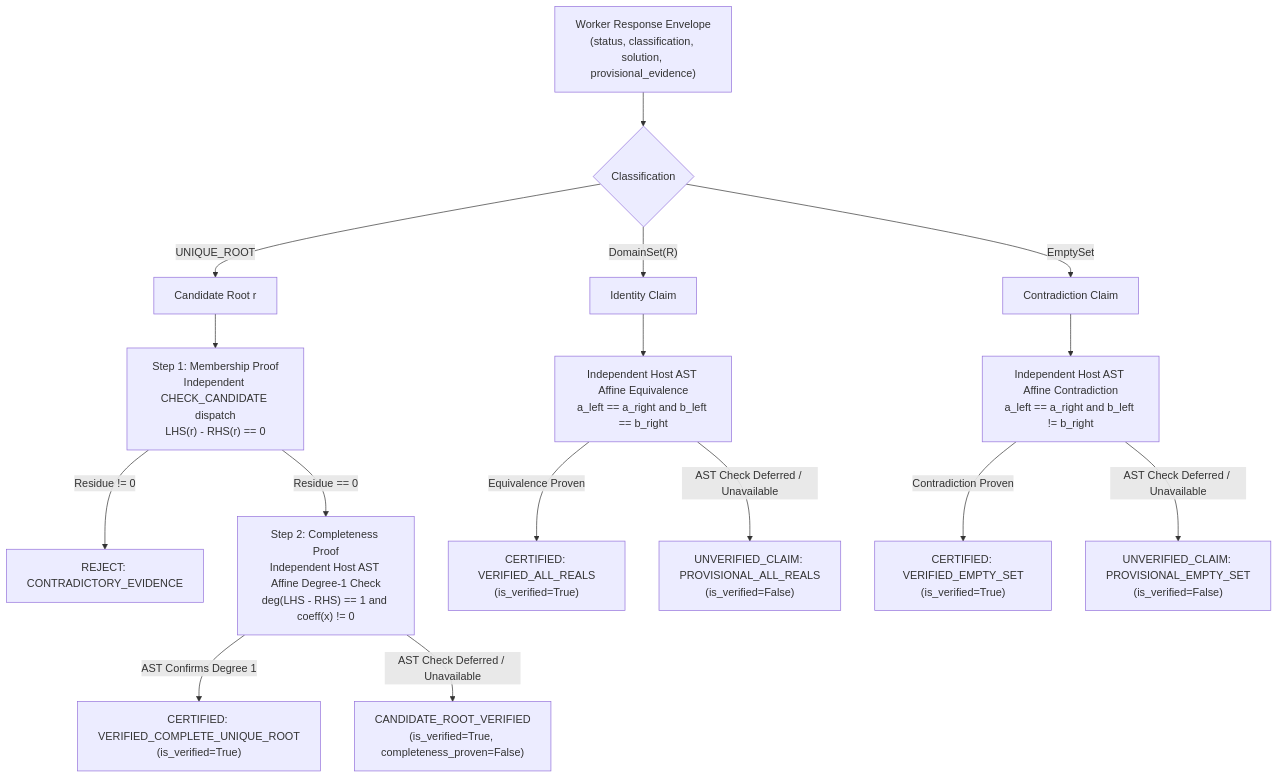
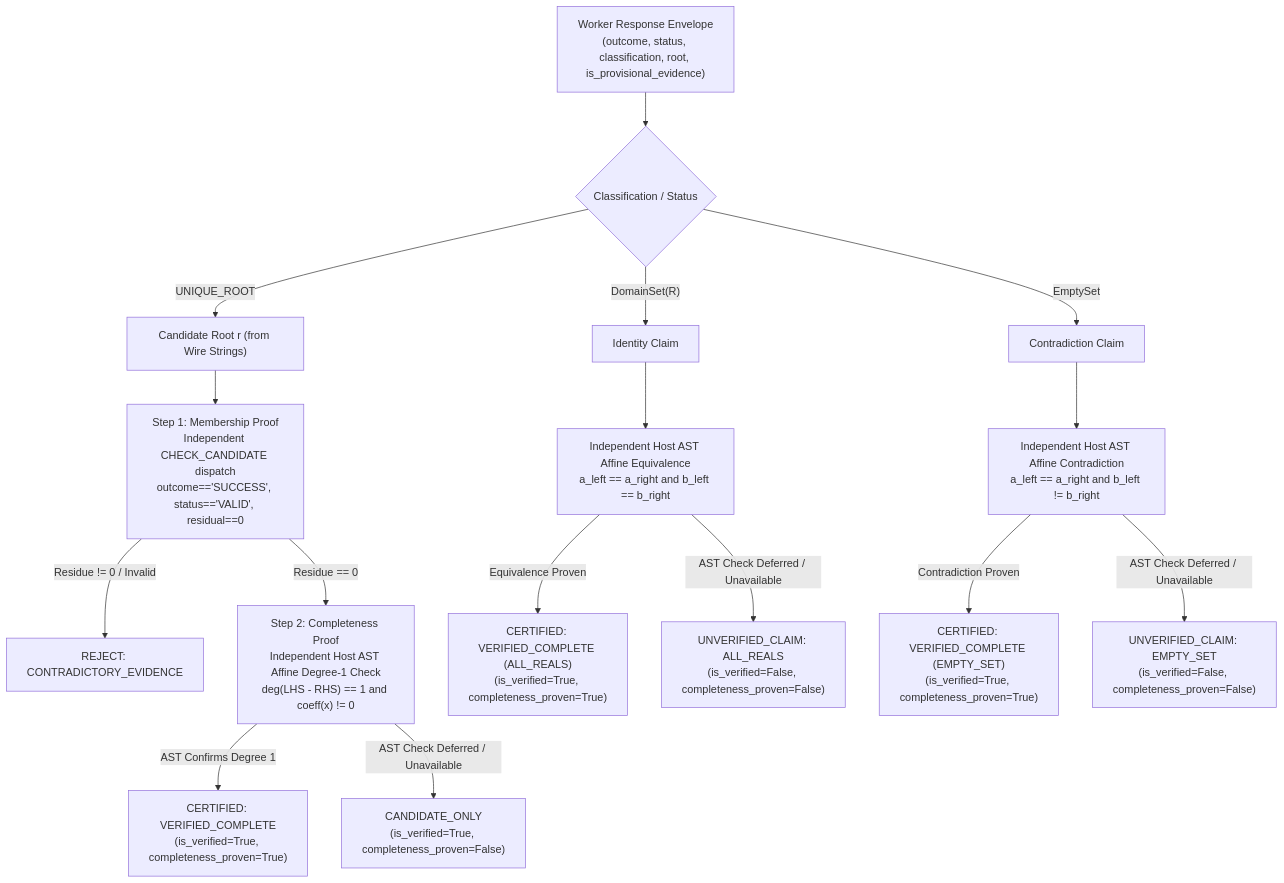
Before and after one commit to PhanHoangKe/math-knowledge-engine: the third of 3 diagrams in docs/architecture/P1C_04_A_CONTROLLED_DISPATCH_PREFLIGHT.md, drawn with Mermaid. The commit also changed other lines of this file, not shown here.

Commit message:
docs(architecture): apply Stage-0 errata to P1C-04-A preflight specification for wire protocol and validator signatures

````diff
--- a/docs/architecture/P1C_04_A_CONTROLLED_DISPATCH_PREFLIGHT.md
+++ b/docs/architecture/P1C_04_A_CONTROLLED_DISPATCH_PREFLIGHT.md
@@ -242,23 +253,23 @@
 ```mermaid
 flowchart TD
-    WOut["Worker Response Envelope<br/>(status, classification, solution, provisional_evidence)"]
+    WOut["Worker Response Envelope<br/>(outcome, status, classification, root, is_provisional_evidence)"]
     
-    WOut --> C1{"Classification"}
+    WOut --> C1{"Classification / Status"}
     
-    C1 -->|"UNIQUE_ROOT"| VR["Candidate Root r"]
-    VR --> VR1["Step 1: Membership Proof<br/>Independent CHECK_CANDIDATE dispatch<br/>LHS(r) - RHS(r) == 0"]
-    VR1 -->|"Residue != 0"| Rej1["REJECT: CONTRADICTORY_EVIDENCE"]
+    C1 -->|"UNIQUE_ROOT"| VR["Candidate Root r (from Wire Strings)"]
+    VR --> VR1["Step 1: Membership Proof<br/>Independent CHECK_CANDIDATE dispatch<br/>outcome=='SUCCESS', status=='VALID', residual==0"]
+    VR1 -->|"Residue != 0 / Invalid"| Rej1["REJECT: CONTRADICTORY_EVIDENCE"]
     VR1 -->|"Residue == 0"| VR2["Step 2: Completeness Proof<br/>Independent Host AST Affine Degree-1 Check<br/>deg(LHS - RHS) == 1 and coeff(x) != 0"]
-    VR2 -->|"AST Confirms Degree 1"| Cert1["CERTIFIED: VERIFIED_COMPLETE_UNIQUE_ROOT<br/>(is_verified=True)"]
-    VR2 -->|"AST Check Deferred / Unavailable"| Cert2["CANDIDATE_ROOT_VERIFIED<br/>(is_verified=True, completeness_proven=False)"]
+    VR2 -->|"AST Confirms Degree 1"| Cert1["CERTIFIED: VERIFIED_COMPLETE<br/>(is_verified=True, completeness_proven=True)"]
+    VR2 -->|"AST Check Deferred / Unavailable"| Cert2["CANDIDATE_ONLY<br/>(is_verified=True, completeness_proven=False)"]
     
     C1 -->|"DomainSet(R)"| AR["Identity Claim"]
     AR --> AR1["Independent Host AST Affine Equivalence<br/>a_left == a_right and b_left == b_right"]
-    AR1 -->|"Equivalence Proven"| Cert3["CERTIFIED: VERIFIED_ALL_REALS<br/>(is_verified=True)"]
-    AR1 -->|"AST Check Deferred / Unavailable"| Cert4["UNVERIFIED_CLAIM: PROVISIONAL_ALL_REALS<br/>(is_verified=False)"]
+    AR1 -->|"Equivalence Proven"| Cert3["CERTIFIED: VERIFIED_COMPLETE (ALL_REALS)<br/>(is_verified=True, completeness_proven=True)"]
+    AR1 -->|"AST Check Deferred / Unavailable"| Cert4["UNVERIFIED_CLAIM: ALL_REALS<br/>(is_verified=False, completeness_proven=False)"]
     
     C1 -->|"EmptySet"| ES["Contradiction Claim"]
     ES --> ES1["Independent Host AST Affine Contradiction<br/>a_left == a_right and b_left != b_right"]
-    ES1 -->|"Contradiction Proven"| Cert5["CERTIFIED: VERIFIED_EMPTY_SET<br/>(is_verified=True)"]
-    ES1 -->|"AST Check Deferred / Unavailable"| Cert6["UNVERIFIED_CLAIM: PROVISIONAL_EMPTY_SET<br/>(is_verified=False)"]
+    ES1 -->|"Contradiction Proven"| Cert5["CERTIFIED: VERIFIED_COMPLETE (EMPTY_SET)<br/>(is_verified=True, completeness_proven=True)"]
+    ES1 -->|"AST Check Deferred / Unavailable"| Cert6["UNVERIFIED_CLAIM: EMPTY_SET<br/>(is_verified=False, completeness_proven=False)"]
 ```
````
